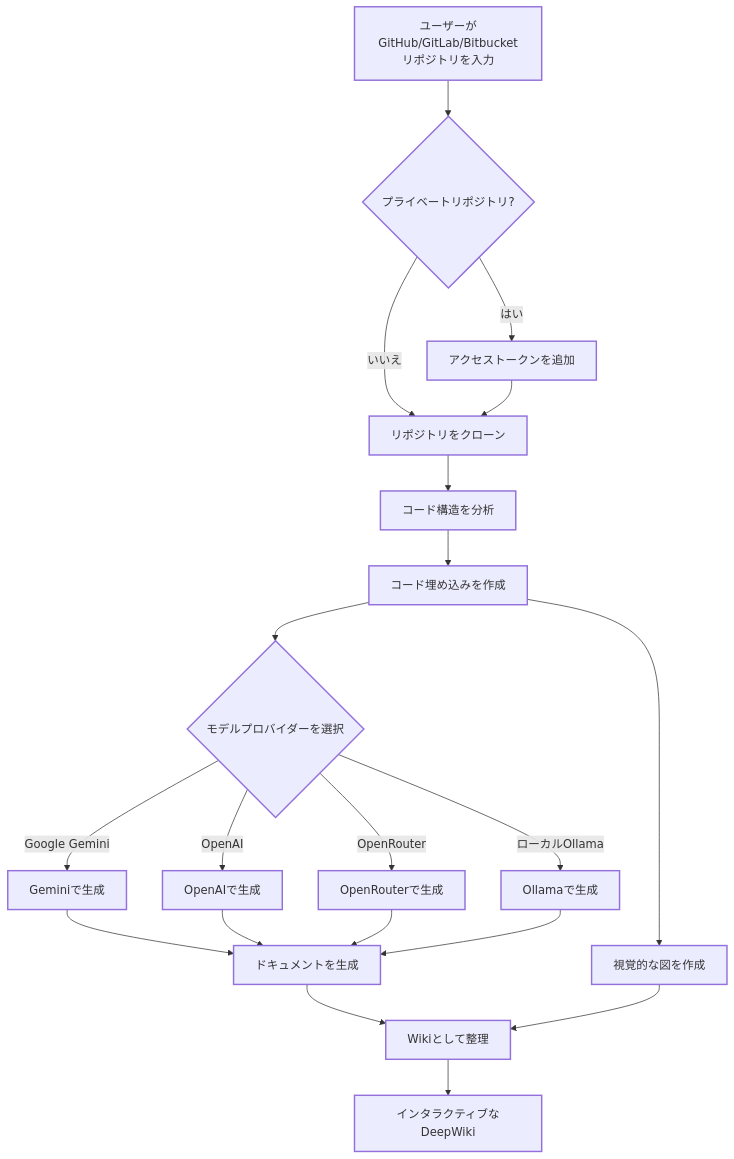
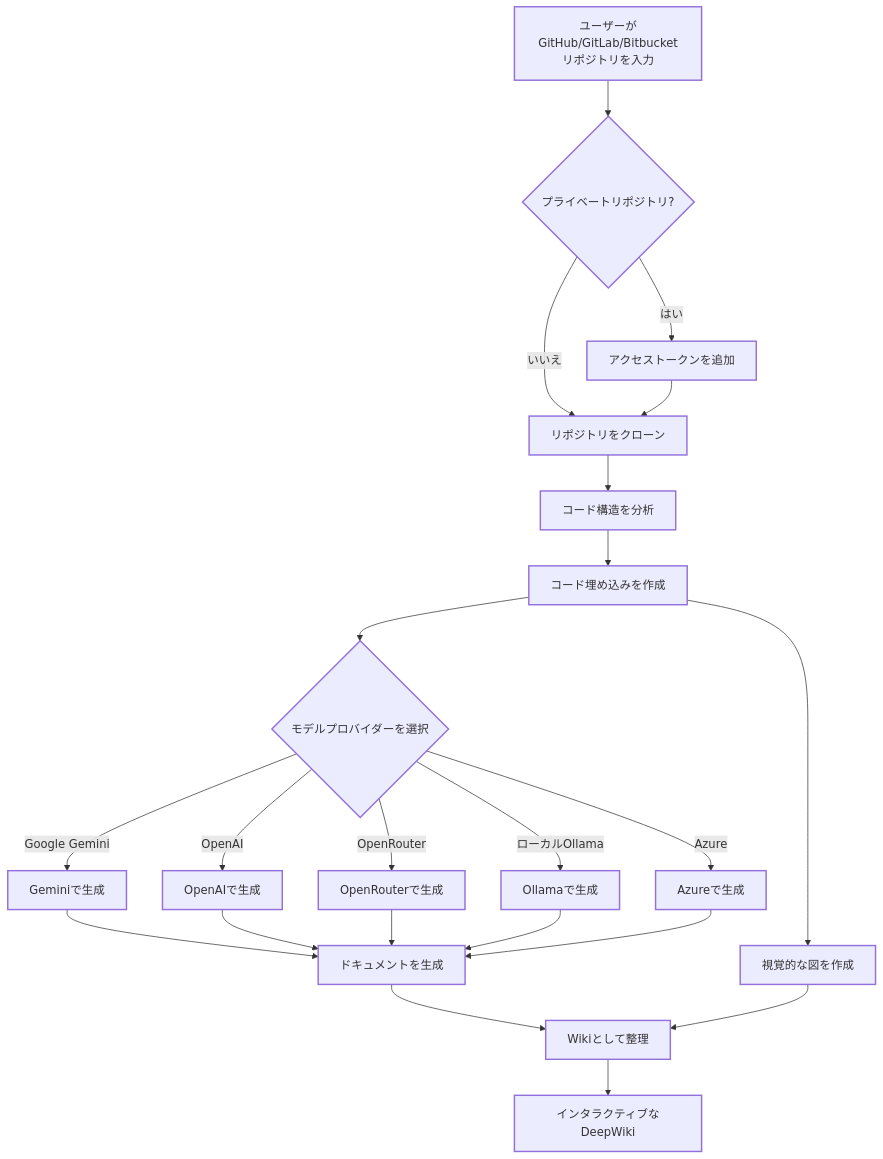
Before and after one commit to mucsbr/deepwiki-open: the diagram in README.ja.md, drawn with Mermaid. The commit also changed other lines of this file and 3 other files, not shown here.

````diff
--- a/README.ja.md
+++ b/README.ja.md
@@ -129,35 +148,37 @@
 ```mermaid
 graph TD
     A[ユーザーがGitHub/GitLab/Bitbucketリポジトリを入力] --> AA{プライベートリポジトリ?}
     AA -->|はい| AB[アクセストークンを追加]
     AA -->|いいえ| B[リポジトリをクローン]
     AB --> B
     B --> C[コード構造を分析]
     C --> D[コード埋め込みを作成]
 
     D --> M{モデルプロバイダーを選択}
     M -->|Google Gemini| E1[Geminiで生成]
     M -->|OpenAI| E2[OpenAIで生成]
     M -->|OpenRouter| E3[OpenRouterで生成]
     M -->|ローカルOllama| E4[Ollamaで生成]
+    M -->|Azure| E5[Azureで生成]
 
     E1 --> E[ドキュメントを生成]
     E2 --> E
     E3 --> E
     E4 --> E
+    E5 --> E
 
     D --> F[視覚的な図を作成]
     E --> G[Wikiとして整理]
     F --> G
     G --> H[インタラクティブなDeepWiki]
 
     classDef process stroke-width:2px;
     classDef data stroke-width:2px;
     classDef result stroke-width:2px;
     classDef decision stroke-width:2px;
 
     class A,D data;
     class AA,M decision;
-    class B,C,E,F,G,AB,E1,E2,E3,E4 process;
+    class B,C,E,F,G,AB,E1,E2,E3,E4,E5 process;
     class H result;
 ```
````
